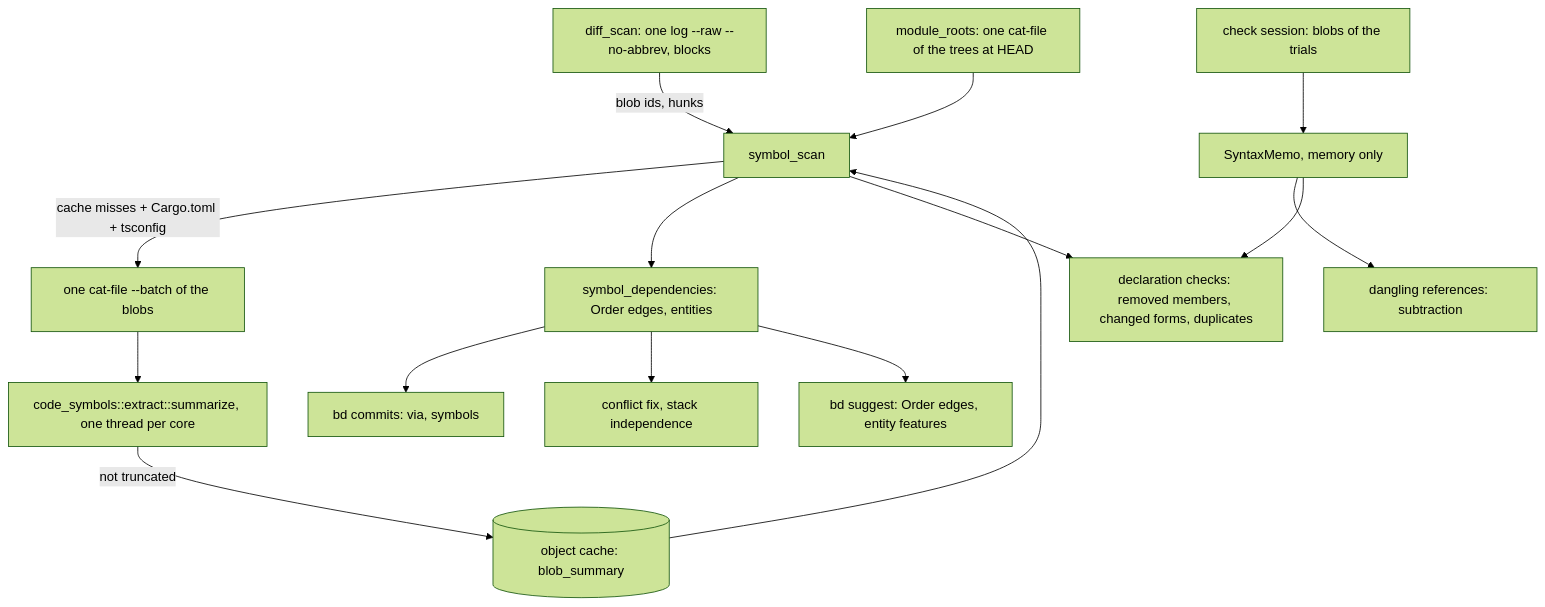
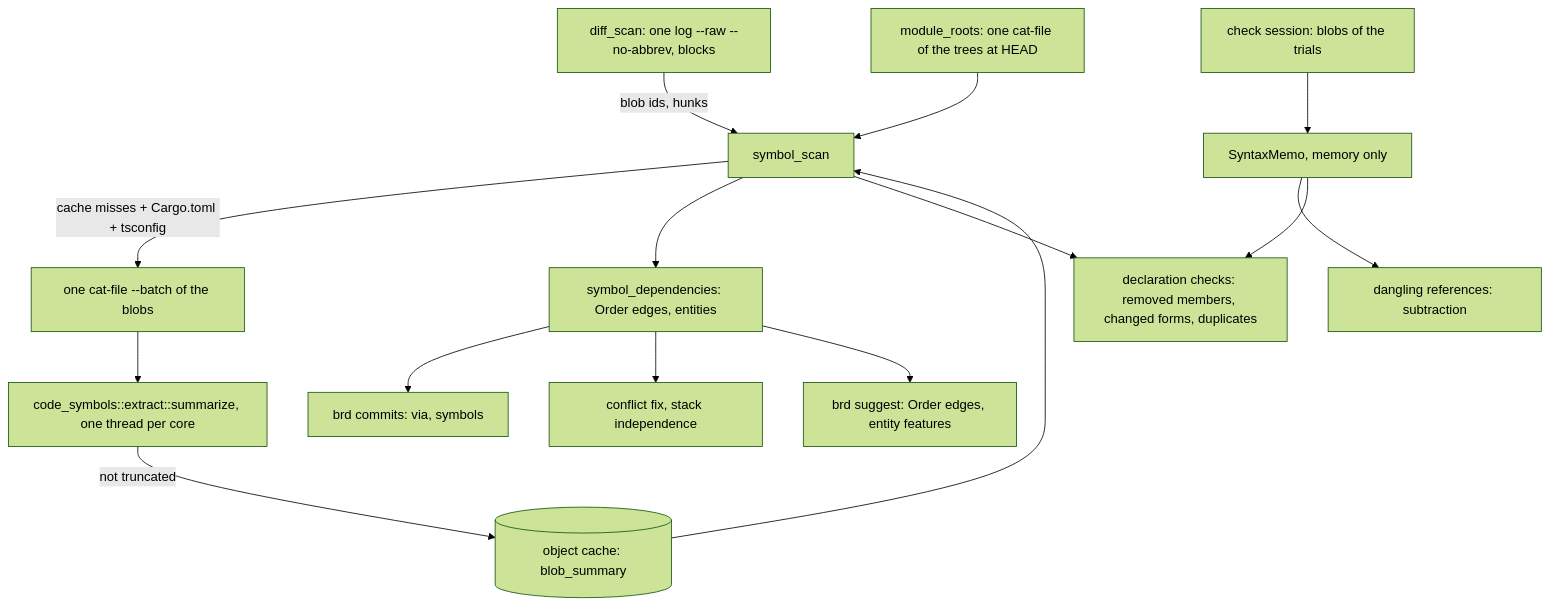
The diagram in docs/design/symbol-dependencies.md (develar/branch-deck), drawn with Mermaid (forest theme) before and after one commit. The commit also changed other lines of this file and 544 other files, not shown here.

````diff
--- a/docs/design/symbol-dependencies.md
+++ b/docs/design/symbol-dependencies.md
@@ -50,16 +50,16 @@
 ```mermaid
 flowchart TD
     D[diff_scan: one log --raw --no-abbrev, blocks] -->|blob ids, hunks| S[symbol_scan]
     R[module_roots: one cat-file of the trees at HEAD] --> S
     S -->|cache misses + Cargo.toml + tsconfig| C[one cat-file --batch of the blobs]
     C --> P[code_symbols::extract::summarize, one thread per core]
     P -->|not truncated| O[(object cache: blob_summary)]
     O --> S
     S --> G[symbol_dependencies: Order edges, entities]
-    G --> B[bd commits: via, symbols]
+    G --> B[brd commits: via, symbols]
     G --> F[conflict fix, stack independence]
-    G --> U[bd suggest: Order edges, entity features]
+    G --> U[brd suggest: Order edges, entity features]
     S2[check session: blobs of the trials] --> M[SyntaxMemo, memory only] --> X[dangling references: subtraction]
     S --> T[declaration checks: removed members, changed forms, duplicates]
     M --> T
 ```
````
